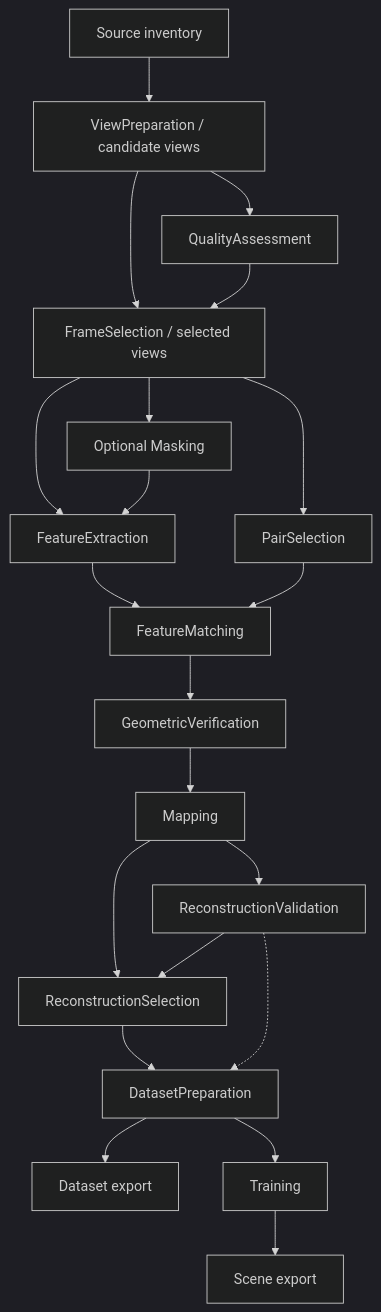
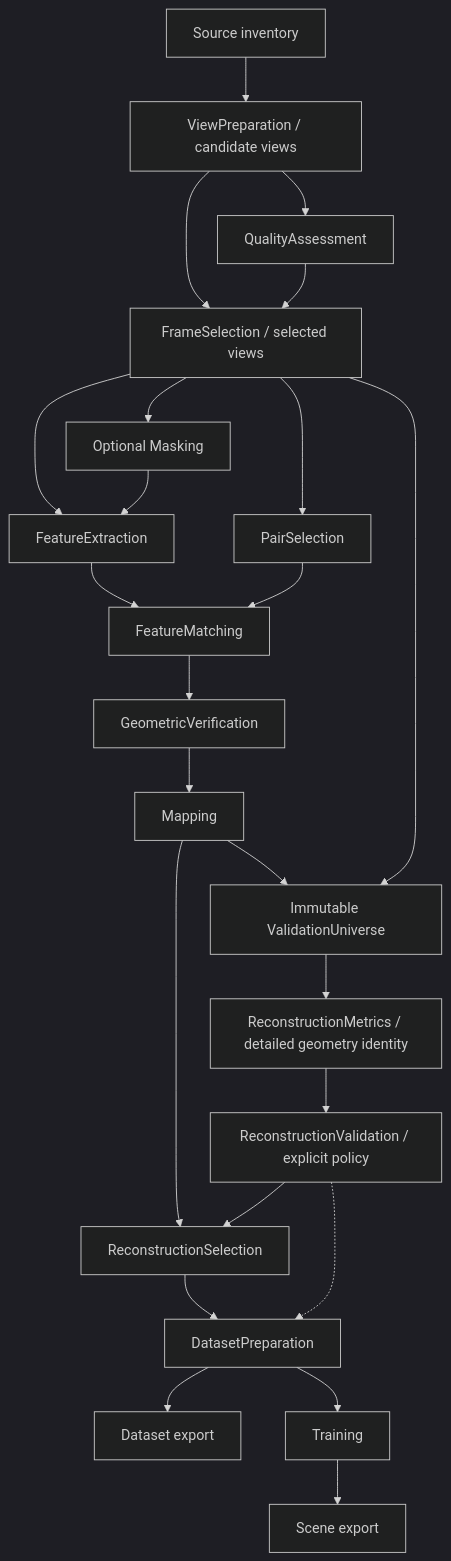
The diagram in ARCHITECTURE.md (BadBoy185/SplatForge), drawn with Mermaid (dark theme) before and after one commit. The commit also changed other lines of this file and 42 other files, not shown here.

Commit message:
Implement M9 reconstruction validation and selection

````diff
--- a/ARCHITECTURE.md
+++ b/ARCHITECTURE.md
@@ -121,23 +121,26 @@
 ```mermaid
 flowchart TD
     sources[Source inventory] --> views[ViewPreparation / candidate views]
     views --> quality[QualityAssessment]
     views --> selection[FrameSelection / selected views]
     quality --> selection
     selection --> masks[Optional Masking]
     selection --> features[FeatureExtraction]
     masks --> features
     selection --> pairs[PairSelection]
     features --> matching[FeatureMatching]
     pairs --> matching
     matching --> verification[GeometricVerification]
     verification --> mapping[Mapping]
-    mapping --> validation[ReconstructionValidation]
+    mapping --> validation_universe[Immutable ValidationUniverse]
+    selection --> validation_universe
+    validation_universe --> reconstruction_metrics[ReconstructionMetrics / detailed geometry identity]
+    reconstruction_metrics --> validation[ReconstructionValidation / explicit policy]
     mapping --> component_selection[ReconstructionSelection]
     validation --> component_selection
     component_selection --> dataset[DatasetPreparation]
     validation -.-> dataset
     dataset --> dataset_export[Dataset export]
     dataset --> training[Training]
     training --> scene_export[Scene export]
 ```
````
